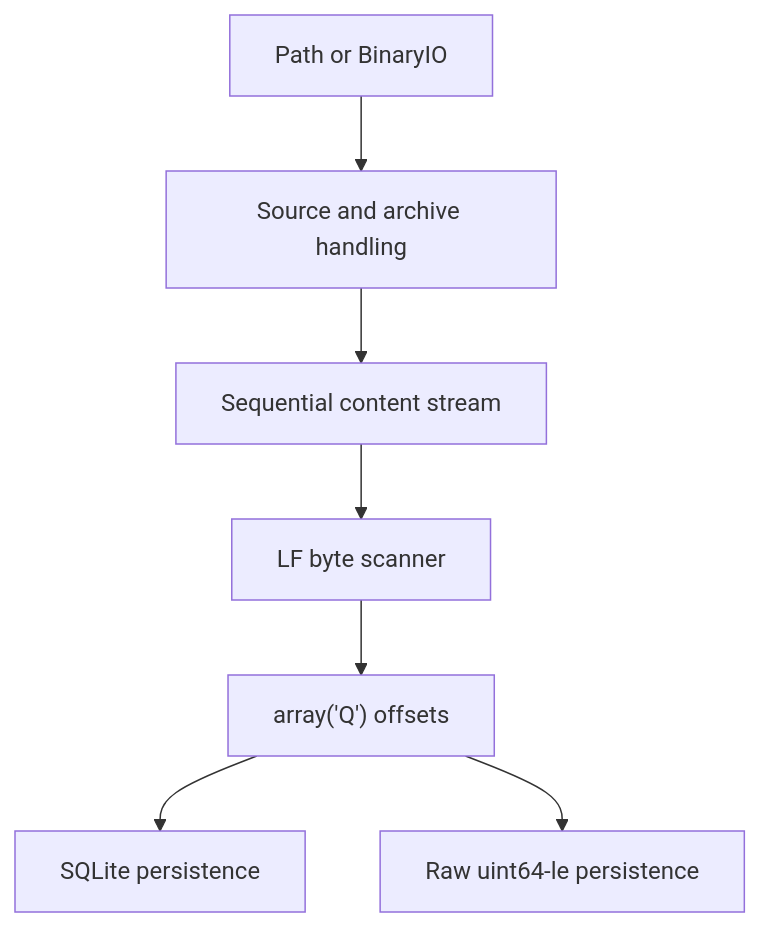
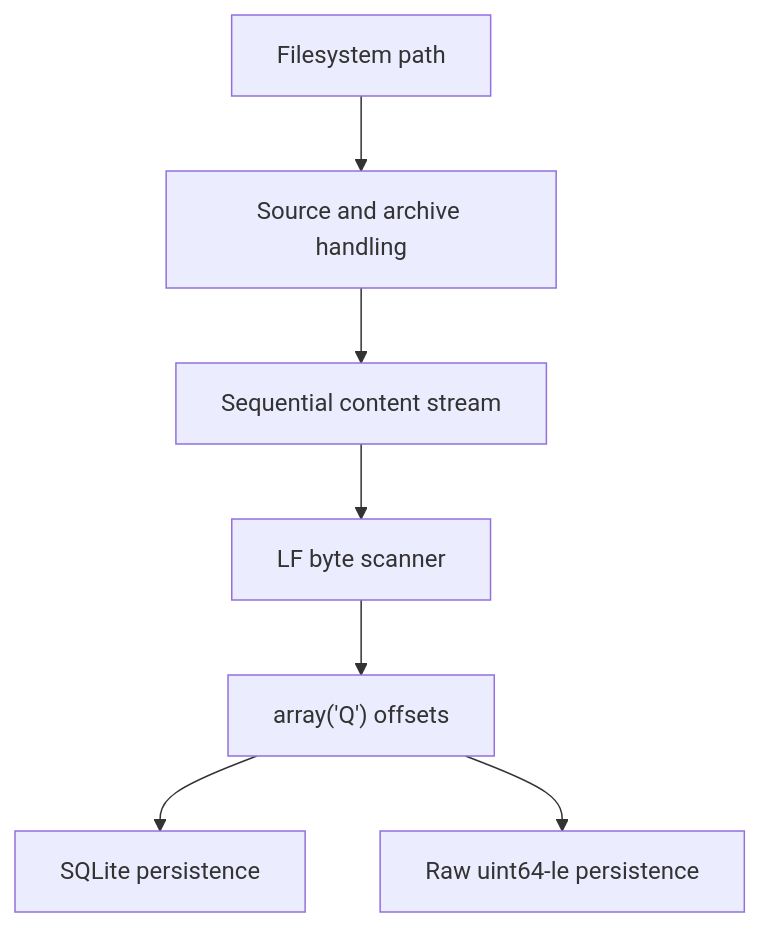
Before and after one commit to pchemguy/Archive-Line-Index: the diagram in docs/dev/SPEC.md, drawn with Mermaid. The commit also changed other lines of this file and 34 other files, not shown here.

````diff
--- a/docs/dev/SPEC.md
+++ b/docs/dev/SPEC.md
@@ -67,9 +67,9 @@
 ```mermaid
 flowchart TD
-    A["Path or BinaryIO"] --> B["Source and archive handling"]
+    A["Filesystem path"] --> B["Source and archive handling"]
     B --> C["Sequential content stream"]
     C --> D["LF byte scanner"]
     D --> E["array('Q') offsets"]
     E --> F["SQLite persistence"]
     E --> G["Raw uint64-le persistence"]
 ```
````
